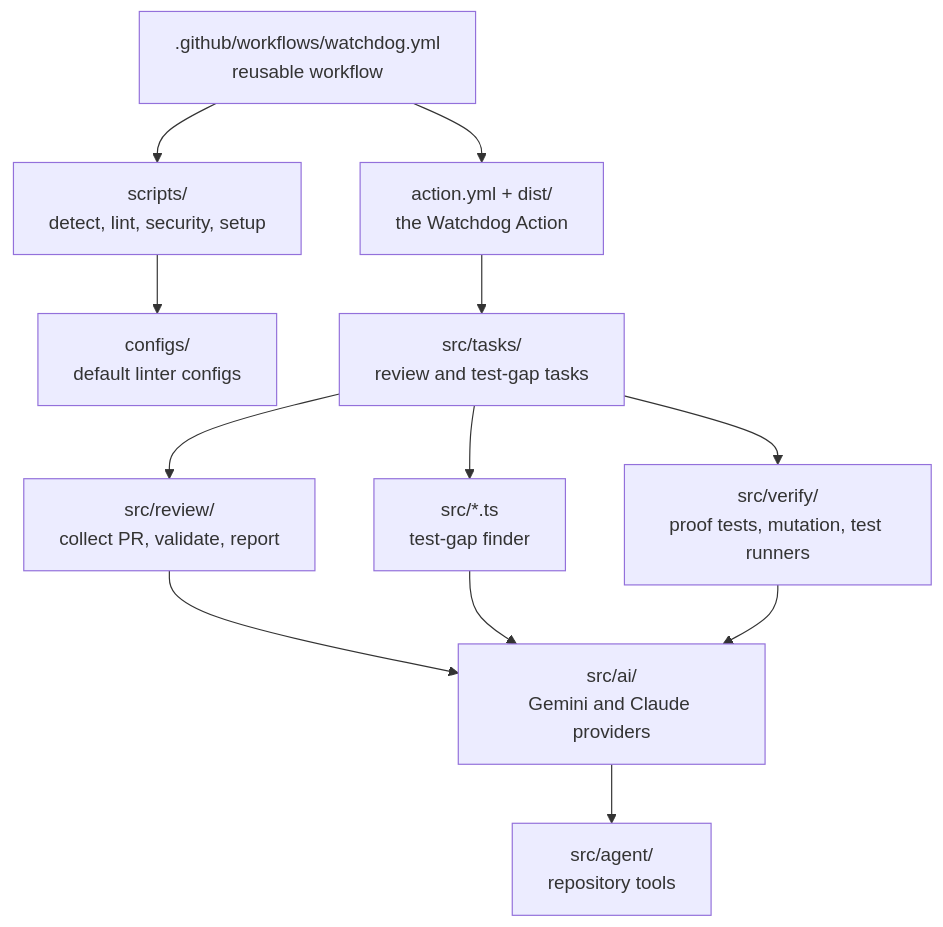
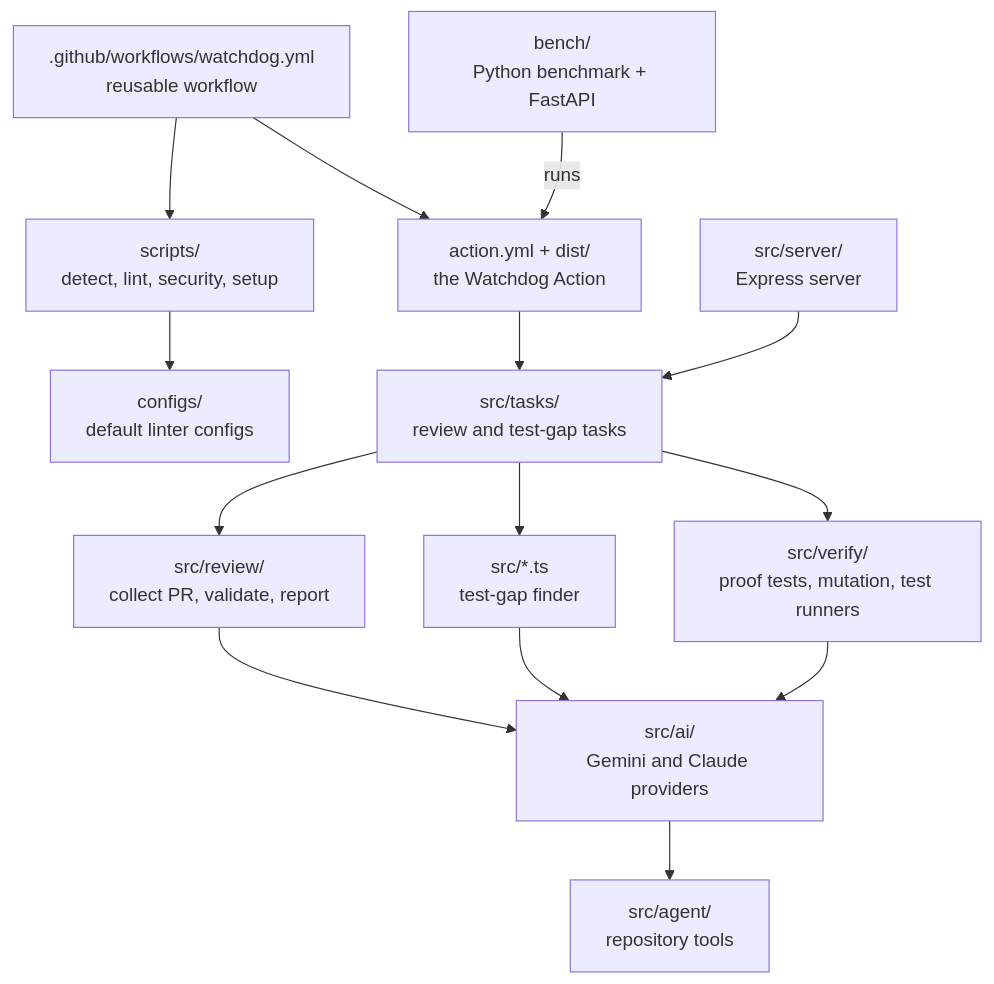
Before and after one commit to shivaniparimi/watchdog: the sixth of 6 diagrams in README.md, drawn with Mermaid. The commit also changed other lines of this file and 1 other file, not shown here.

Commit message:
run benchmark and server image in ci, update readme

````diff
--- a/README.md
+++ b/README.md
@@ -90,14 +119,16 @@
 ```mermaid
 flowchart TD
     WF[".github/workflows/watchdog.yml<br/>reusable workflow"] --> SH["scripts/<br/>detect, lint, security, setup"]
     WF --> ACT["action.yml + dist/<br/>the Watchdog Action"]
     SH --> CFG["configs/<br/>default linter configs"]
     ACT --> T["src/tasks/<br/>review and test-gap tasks"]
     T --> RV["src/review/<br/>collect PR, validate, report"]
     T --> TGAP["src/*.ts<br/>test-gap finder"]
     T --> VER["src/verify/<br/>proof tests, mutation, test runners"]
     RV --> AIL["src/ai/<br/>Gemini and Claude providers"]
     TGAP --> AIL
     VER --> AIL
     AIL --> TOOLS["src/agent/<br/>repository tools"]
+    SRV["src/server/<br/>Express server"] --> T
+    BENCH["bench/<br/>Python benchmark + FastAPI"] -->|runs| ACT
 ```
````
